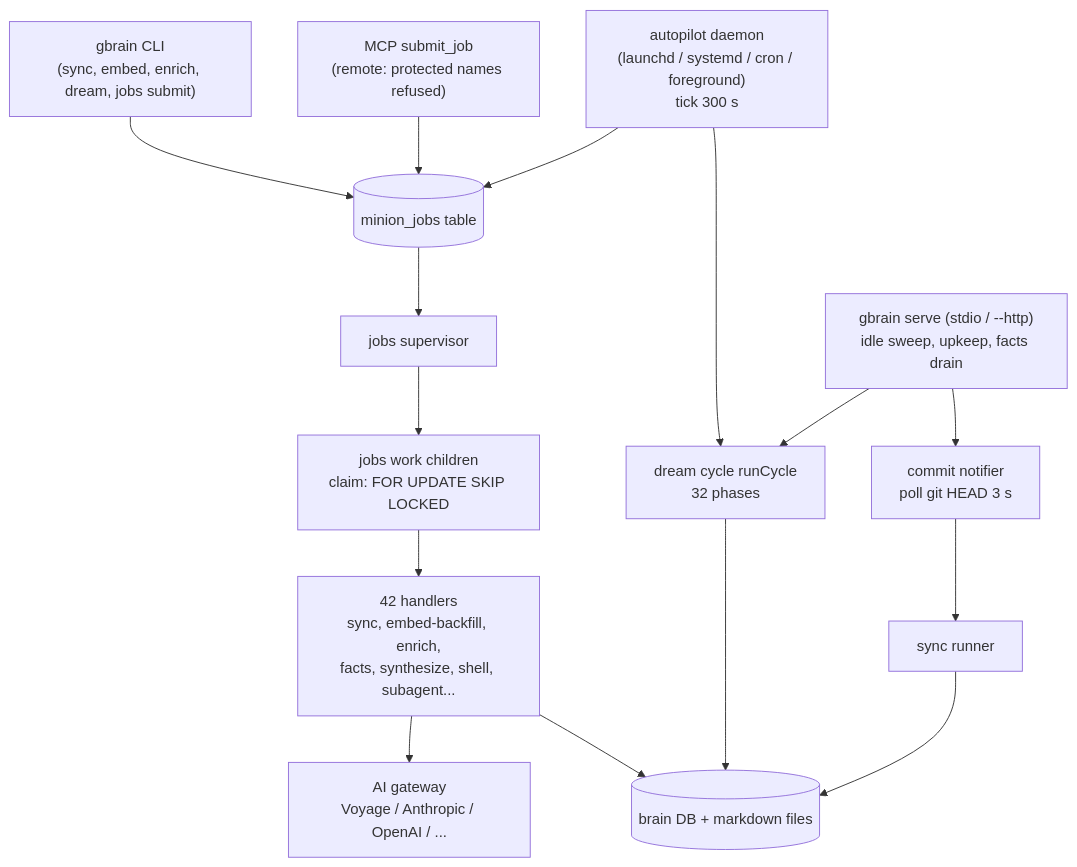
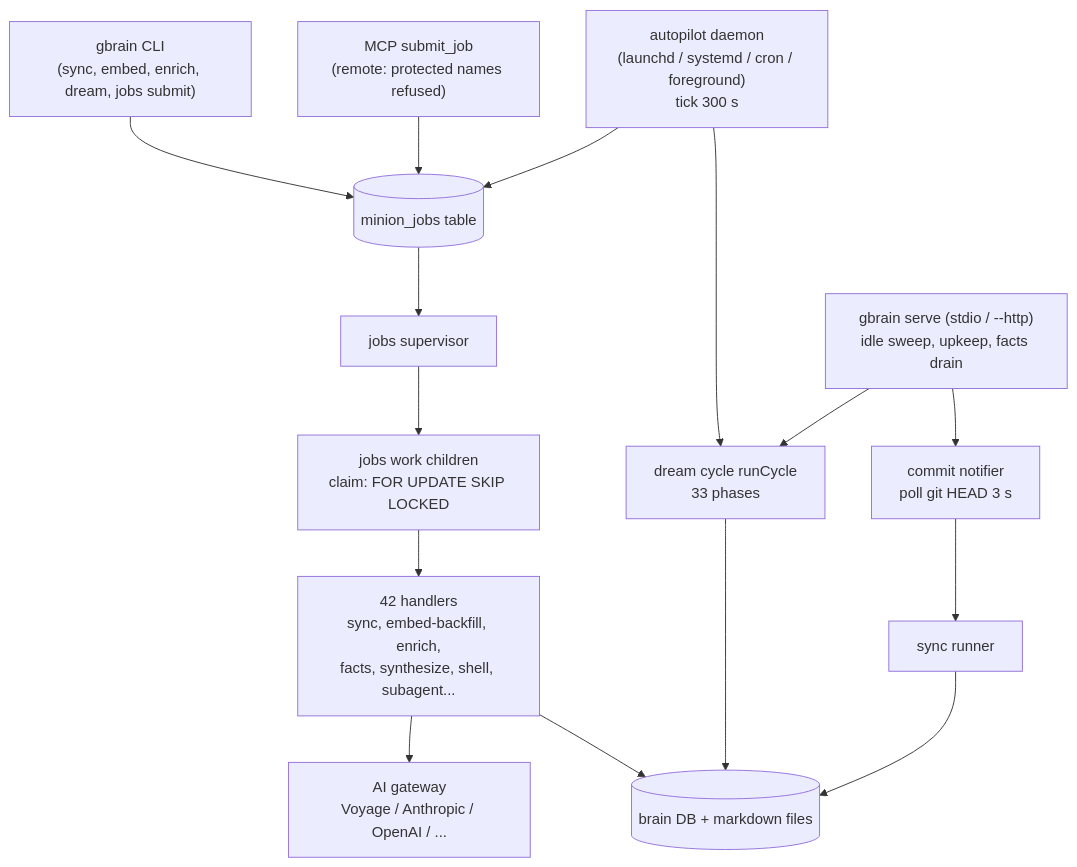
One commit to garrytan/gbrain changed the first of 2 diagrams in docs/research/rust-engine/background-jobs.md. Above: the diagram before and after it, drawn with Mermaid. The commit also changed other lines of this file and 17 other files, not shown here.

````diff
--- a/docs/research/rust-engine/background-jobs.md
+++ b/docs/research/rust-engine/background-jobs.md
@@ -9,16 +9,16 @@
 ```mermaid
 flowchart TD
   CLI["gbrain CLI<br/>(sync, embed, enrich, dream, jobs submit)"] --> Q[("minion_jobs table")]
   MCP["MCP submit_job<br/>(remote: protected names refused)"] --> Q
   AP["autopilot daemon<br/>(launchd / systemd / cron / foreground)<br/>tick 300 s"] --> Q
-  AP --> CYC["dream cycle runCycle<br/>32 phases"]
+  AP --> CYC["dream cycle runCycle<br/>33 phases"]
   SERVE["gbrain serve (stdio / --http)<br/>idle sweep, upkeep, facts drain"] --> CYC
   SERVE --> NOTIF["commit notifier<br/>poll git HEAD 3 s"]
   NOTIF --> SYNC["sync runner"]
   Q --> SUP["jobs supervisor"] --> WORK["jobs work children<br/>claim: FOR UPDATE SKIP LOCKED"]
   WORK --> H["42 handlers<br/>sync, embed-backfill, enrich,<br/>facts, synthesize, shell, subagent..."]
   H --> LLM["AI gateway<br/>Voyage / Anthropic / OpenAI / ..."]
   H --> DB[("brain DB + markdown files")]
   CYC --> DB
   SYNC --> DB
 ```
````
